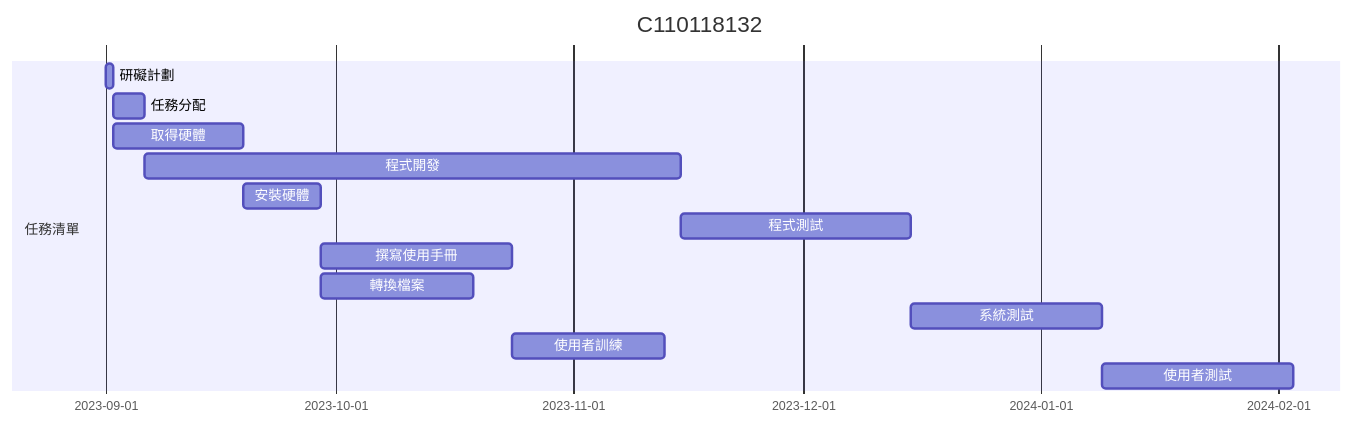
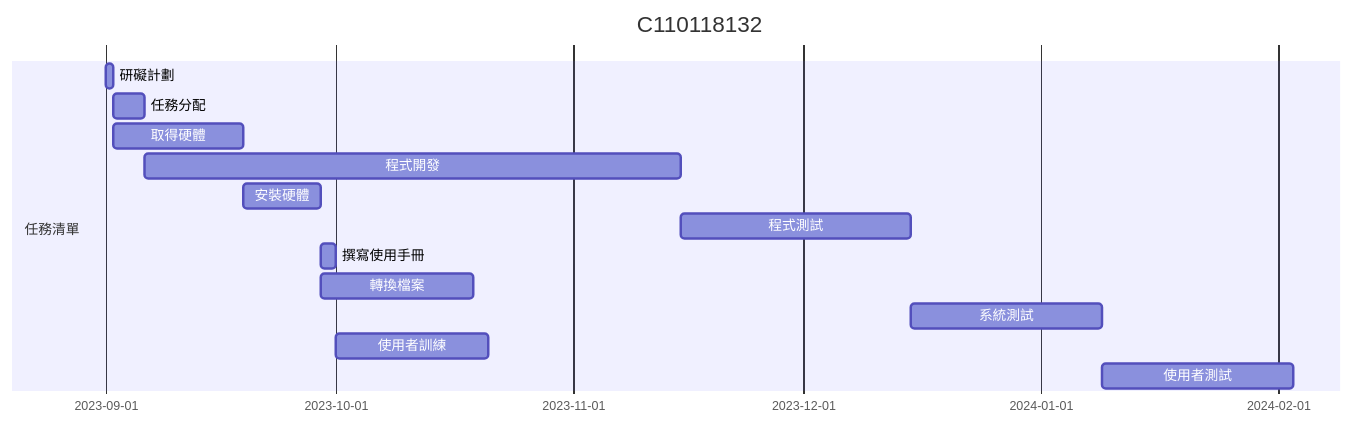
The second of 4 diagrams in hw2.md (MITC110118132/23a), drawn with Mermaid before and after one commit. The commit also changed other lines of this file, not shown here.

````diff
--- a/hw2.md
+++ b/hw2.md
@@ -16,17 +16,17 @@
 ```mermaid
 gantt
     title C110118132
 
     section 任務清單
     研礙計劃           :a1, 2023-09-01, 1d
     任務分配           :a2, after a1  , 4d
     取得硬體           :a3, after a1  , 17d
     程式開發           :a4, after a2  , 70d
     安裝硬體           :a5, after a3  , 10d
     程式測試           :a6, after a4  , 30d
-    撰寫使用手冊        :a7, after a5  , 25d
+    撰寫使用手冊        :a7, after a5  , 2d
     轉換檔案           :a8, after a5  , 20d
     系統測試           :a9, after a6  , 25d
     使用者訓練         :a10, after a7  , 20d
     使用者測試         :a11, after a9  , 25d
 ```
````
